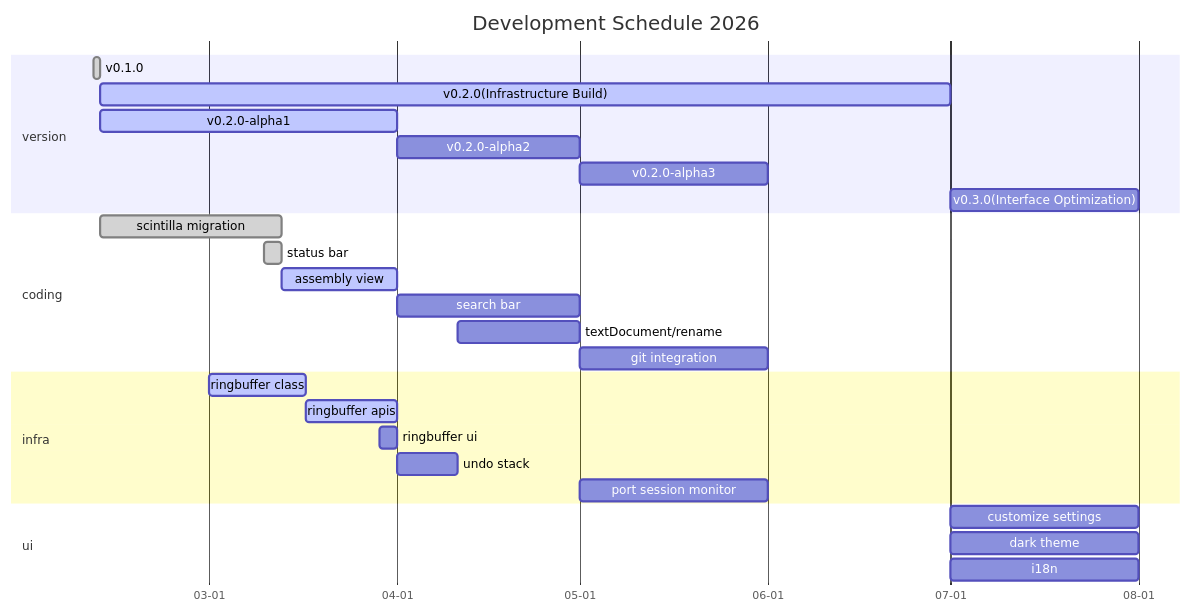
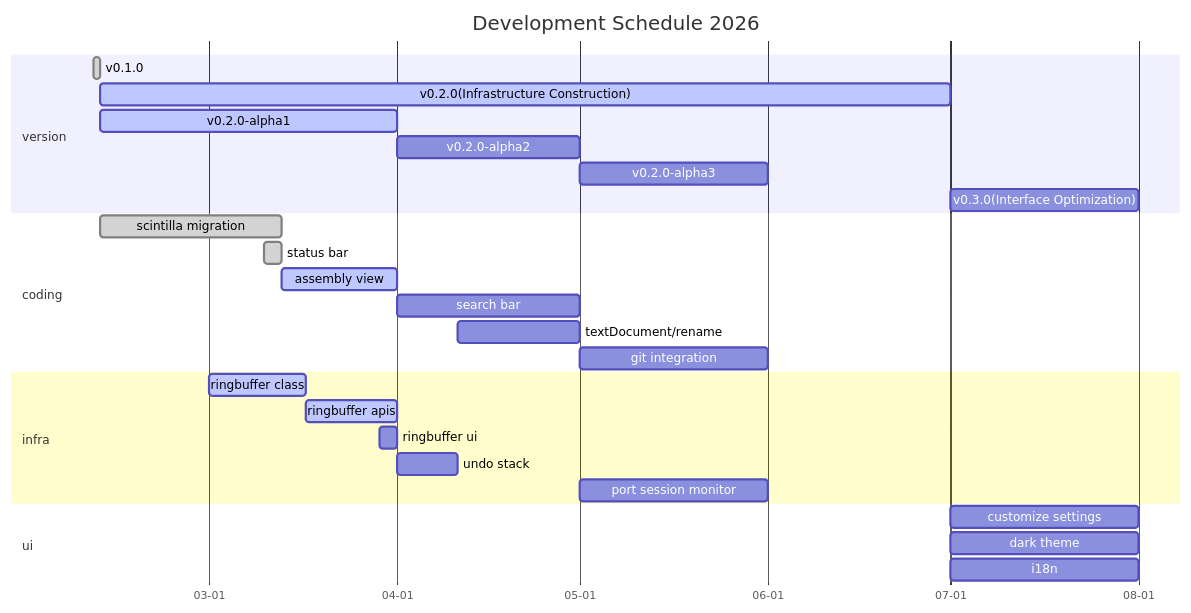
Before and after one commit to zyt20001205/UniComm2: the second of 3 diagrams in readme.md, drawn with Mermaid.

Commit message:
md update

````diff
--- a/readme.md
+++ b/readme.md
@@ -79,35 +79,35 @@
 ```mermaid
 gantt
     title Development Schedule 2026
     dateFormat MM-DD
     axisFormat %m-%d
     tickInterval 1month
 
     section version
         v0.1.0: done, 02-10, 1d
-        v0.2.0(Infrastructure Build): active, 02-11, 140d
+        v0.2.0(Infrastructure Construction): active, 02-11, 140d
         v0.2.0-alpha1: active, 02-11, 49d
         v0.2.0-alpha2: 04-01, 30d
         v0.2.0-alpha3: 05-01, 31d
         v0.3.0(Interface Optimization): 07-01, 31d
 
     section coding
         scintilla migration: done, 02-11, 30d
         status bar: done, 03-10, 3d
         assembly view: active, 03-13, 19d
         search bar: 04-01, 30d
         textDocument/rename: 04-11, 20d
         git integration: 05-01, 31d
 
     section infra
         ringbuffer class: active, 03-01, 16d
         ringbuffer apis: active, 03-17, 15d
         ringbuffer ui: 03-29, 3d
         undo stack: 04-01, 10d
         port session monitor: 05-01, 31d
 
     section ui
         customize settings: 07-01, 31d
         dark theme: 07-01, 31d
         i18n: 07-01, 31d
 ```
````
